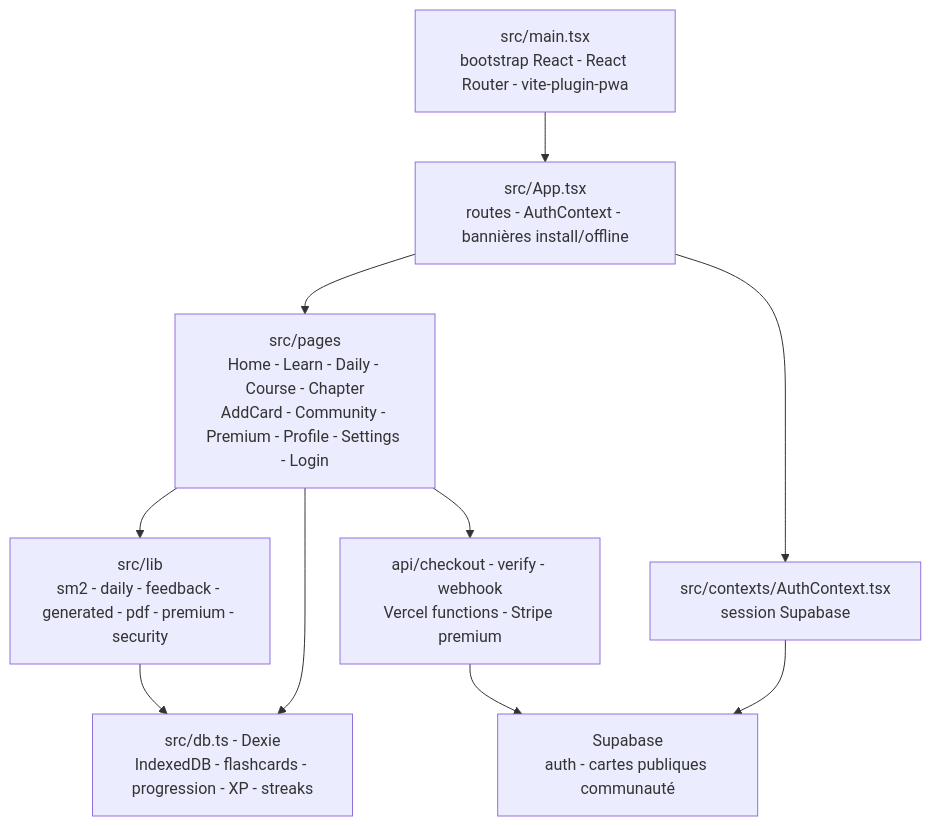
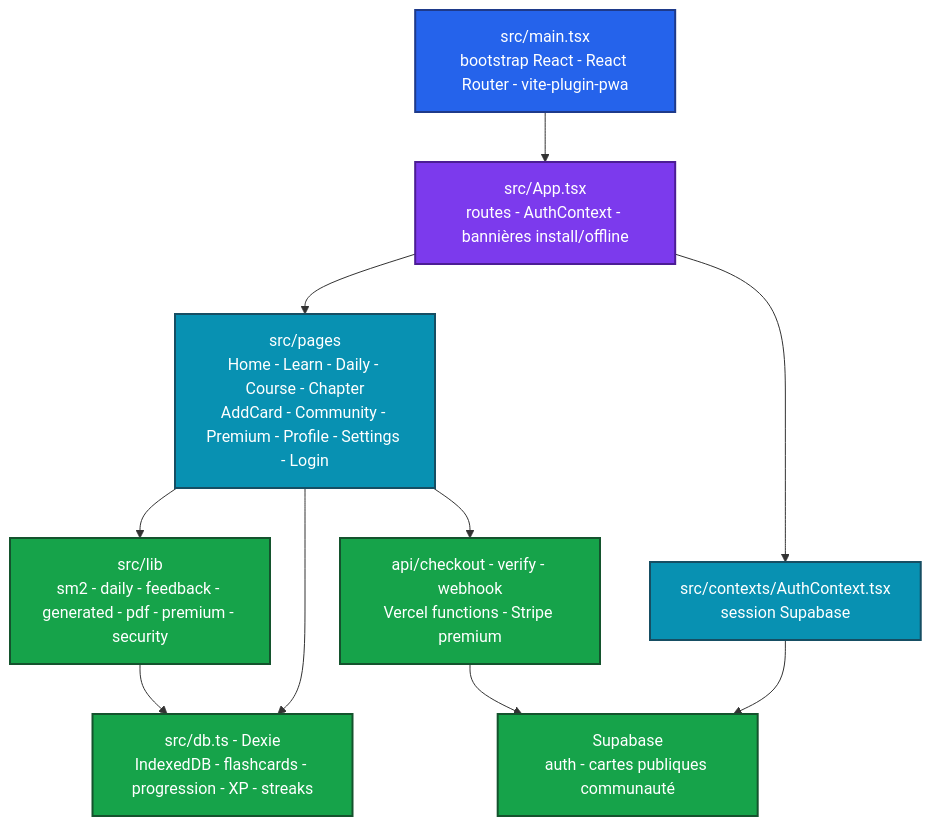
Before and after one commit to Adam-Blf/genius: the diagram in README.md, drawn with Mermaid.

Commit message:
docs: add colors to mermaid diagrams (#4)
Each node gets a palette class (by subgraph or by flow depth), subgraphs are tinted, non-flowchart diagrams use a colored base theme. Validated by rendering every diagram before and after.

````diff
--- a/README.md
+++ b/README.md
@@ -20,21 +20,30 @@
 ```mermaid
 flowchart TB
     Main["src/main.tsx<br/>bootstrap React - React Router - vite-plugin-pwa"]
     App["src/App.tsx<br/>routes - AuthContext - bannières install/offline"]
     Pages["src/pages<br/>Home - Learn - Daily - Course - Chapter<br/>AddCard - Community - Premium - Profile - Settings - Login"]
     Lib["src/lib<br/>sm2 - daily - feedback - generated - pdf - premium - security"]
     Db["src/db.ts - Dexie<br/>IndexedDB - flashcards - progression - XP - streaks"]
     Auth["src/contexts/AuthContext.tsx<br/>session Supabase"]
     Supa["Supabase<br/>auth - cartes publiques communauté"]
     Stripe["api/checkout - verify - webhook<br/>Vercel functions - Stripe premium"]
 
     Main --> App
     App --> Pages
     App --> Auth
     Pages --> Lib
     Pages --> Db
     Lib --> Db
     Auth --> Supa
     Pages --> Stripe
     Stripe --> Supa
+
+    classDef c0 fill:#2563eb,stroke:#1e3a8a,stroke-width:2px,color:#ffffff
+    classDef c1 fill:#7c3aed,stroke:#4c1d95,stroke-width:2px,color:#ffffff
+    classDef c2 fill:#0891b2,stroke:#164e63,stroke-width:2px,color:#ffffff
+    classDef c3 fill:#16a34a,stroke:#14532d,stroke-width:2px,color:#ffffff
+    class Main c0
+    class App c1
+    class Pages,Auth c2
+    class Lib,Db,Supa,Stripe c3
 ```
````
